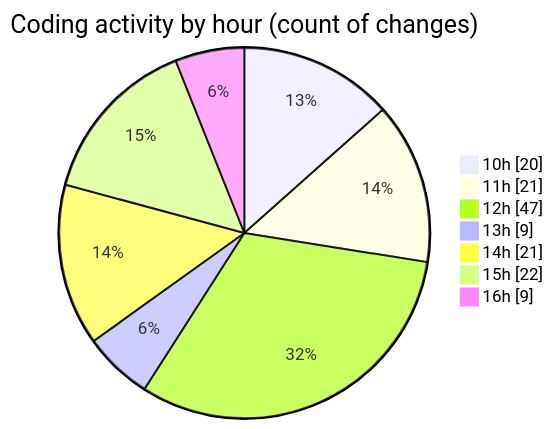
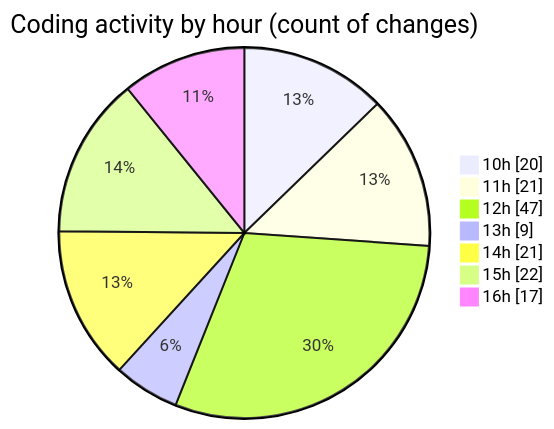
One commit to momahboobian/code-tracking changed the second of 2 diagrams in 2025-05-20/cda/README.md. Above: the diagram before and after it, drawn with Mermaid. The commit also changed other lines of this file and 1 other file, not shown here.

````diff
--- a/2025-05-20/cda/README.md
+++ b/2025-05-20/cda/README.md
@@ -53,11 +53,11 @@
 ```mermaid
 pie showData
 title Coding activity by hour (count of changes)
 "10h" : 20
 "11h" : 21
 "12h" : 47
 "13h" : 9
 "14h" : 21
 "15h" : 22
-"16h" : 9
+"16h" : 17
 ```
````
